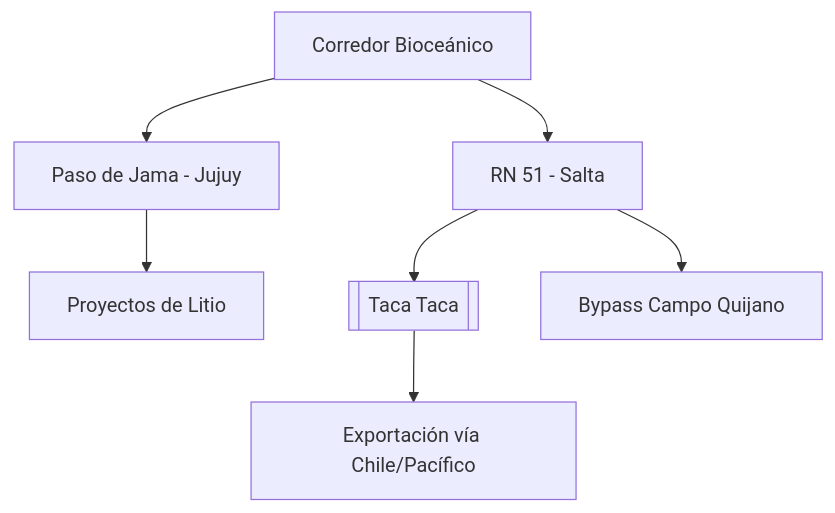
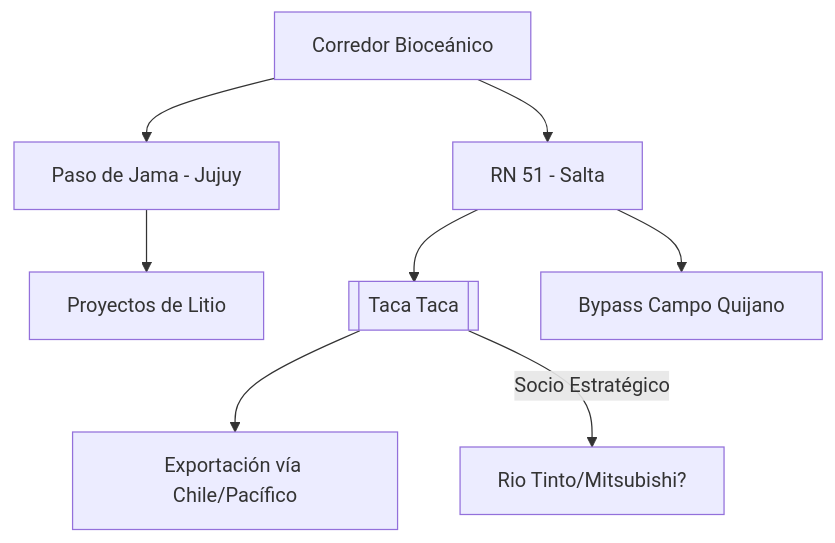
Before and after one commit to GustavoDago/argentina-mining-vault: the diagram in wiki/02 Frameworks/Corredor Bioceanico.md, drawn with Mermaid. The commit also changed 20 other files, not shown here.

````diff
--- a/wiki/02 Frameworks/Corredor Bioceanico.md
+++ b/wiki/02 Frameworks/Corredor Bioceanico.md
@@ -35,9 +35,10 @@
 ```mermaid
 graph TD
     A[Corredor Bioceánico] --> B[Paso de Jama - Jujuy]
     A --> C[RN 51 - Salta]
     C --> D[[Taca Taca]]
     D --> E[Exportación vía Chile/Pacífico]
+    D --> |Socio Estratégico| RT[Rio Tinto/Mitsubishi?]
     B --> F[Proyectos de Litio]
     C --> G[Bypass Campo Quijano]
 ```
````
